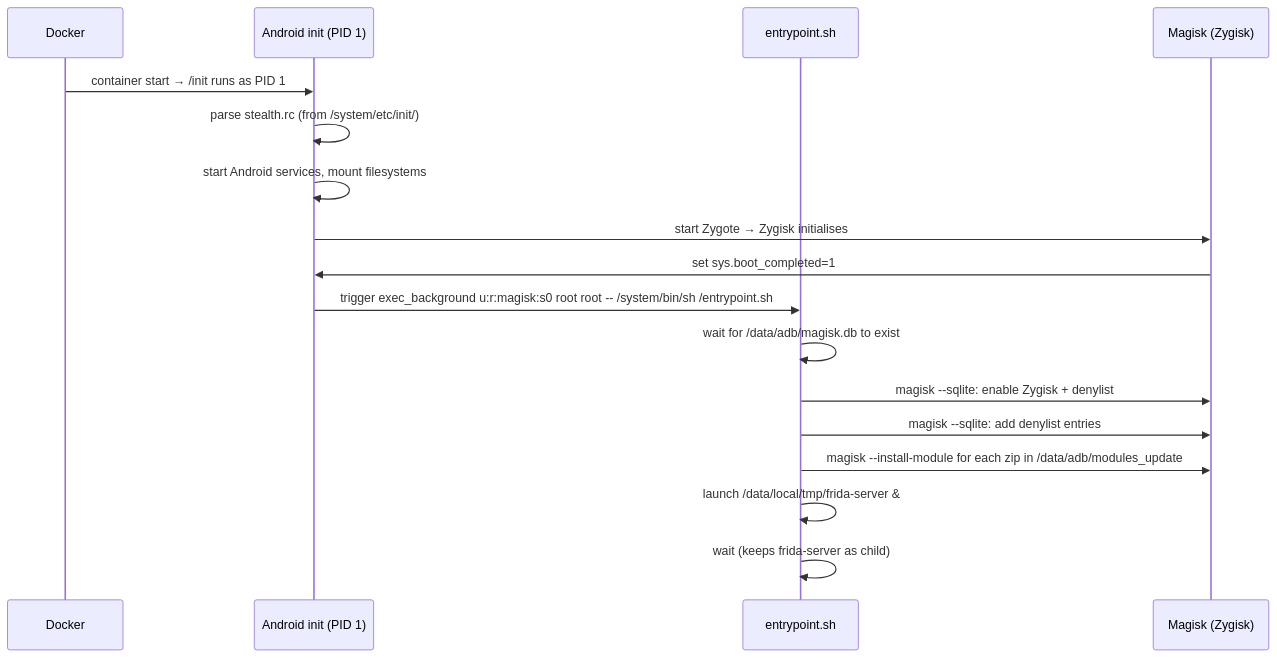
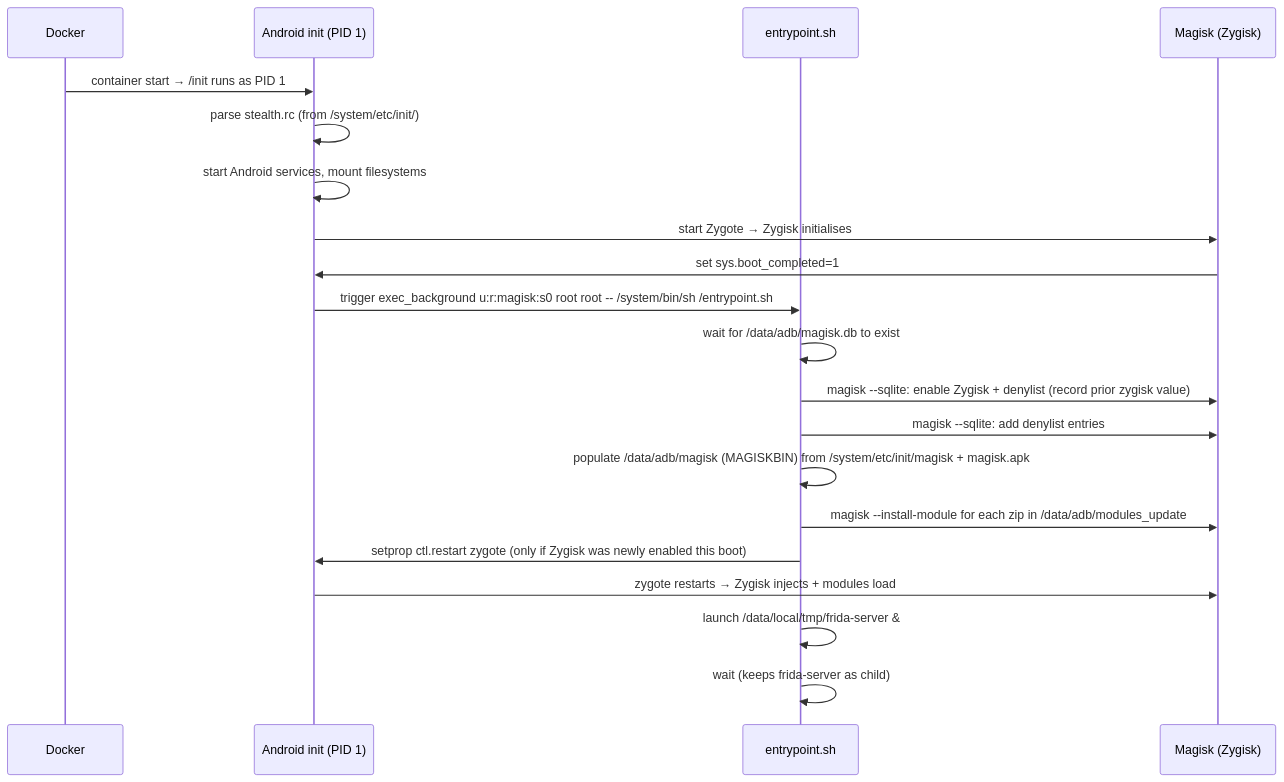
The diagram in docs/how-it-works/boot-flow.md (Xiddoc/Beetroot), drawn with Mermaid before and after one commit. The commit also changed other lines of this file and 14 other files, not shown here.

````diff
--- a/docs/how-it-works/boot-flow.md
+++ b/docs/how-it-works/boot-flow.md
@@ -61,20 +61,23 @@
 ```mermaid
 sequenceDiagram
     participant D as Docker
     participant I as Android init (PID 1)
     participant E as entrypoint.sh
     participant M as Magisk (Zygisk)
 
     D->>I: container start → /init runs as PID 1
     I->>I: parse stealth.rc (from /system/etc/init/)
     I->>I: start Android services, mount filesystems
     I->>M: start Zygote → Zygisk initialises
     M->>I: set sys.boot_completed=1
     I->>E: trigger exec_background u:r:magisk:s0 root root -- /system/bin/sh /entrypoint.sh
     E->>E: wait for /data/adb/magisk.db to exist
-    E->>M: magisk --sqlite: enable Zygisk + denylist
+    E->>M: magisk --sqlite: enable Zygisk + denylist (record prior zygisk value)
     E->>M: magisk --sqlite: add denylist entries
+    E->>E: populate /data/adb/magisk (MAGISKBIN) from /system/etc/init/magisk + magisk.apk
     E->>M: magisk --install-module for each zip in /data/adb/modules_update
+    E->>I: setprop ctl.restart zygote (only if Zygisk was newly enabled this boot)
+    I->>M: zygote restarts → Zygisk injects + modules load
     E->>E: launch /data/local/tmp/frida-server &
     E->>E: wait (keeps frida-server as child)
 ```
````
